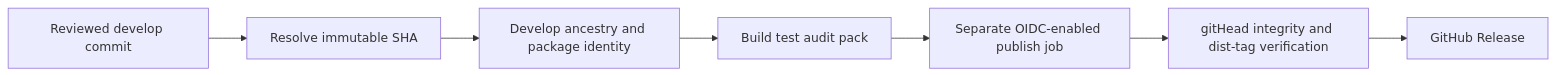
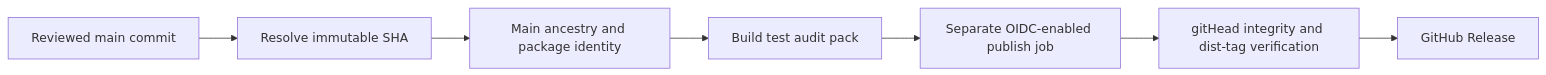
One commit to Unson-LLC/brainbase changed the first of 3 diagrams in docs/specs/story-brainbase-oss-npm-release.md. Above: the diagram before and after it, drawn with Mermaid. The commit also changed other lines of this file and 16 other files, not shown here.

First line of the commit message:
ci: publish and deploy from main; keep develop integration checks

````diff
--- a/docs/specs/story-brainbase-oss-npm-release.md
+++ b/docs/specs/story-brainbase-oss-npm-release.md
@@ -5,9 +5,9 @@
 ```mermaid
 flowchart LR
-  merge["Reviewed develop commit"] --> resolve["Resolve immutable SHA"]
-  resolve --> trust["Develop ancestry and package identity"]
+  merge["Reviewed main commit"] --> resolve["Resolve immutable SHA"]
+  resolve --> trust["Main ancestry and package identity"]
   trust --> validate["Build test audit pack"]
   validate --> publish["Separate OIDC-enabled publish job"]
   publish --> metadata["gitHead integrity and dist-tag verification"]
   metadata --> release["GitHub Release"]
 ```
````
